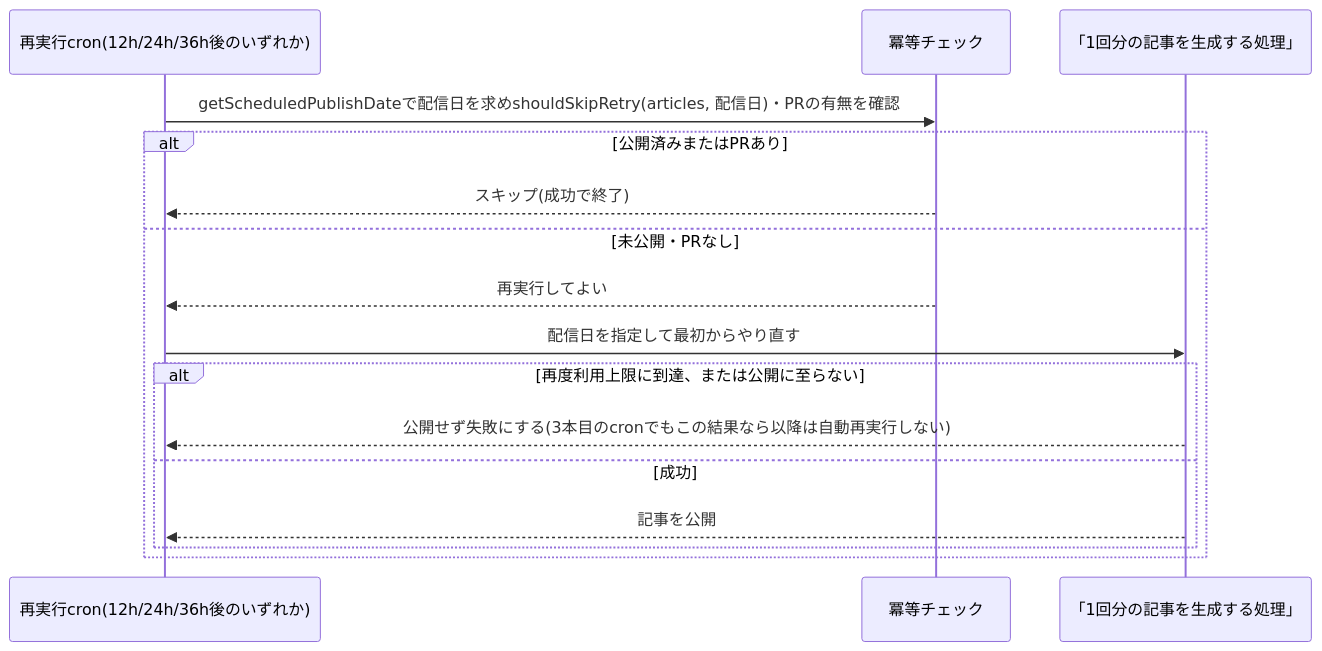
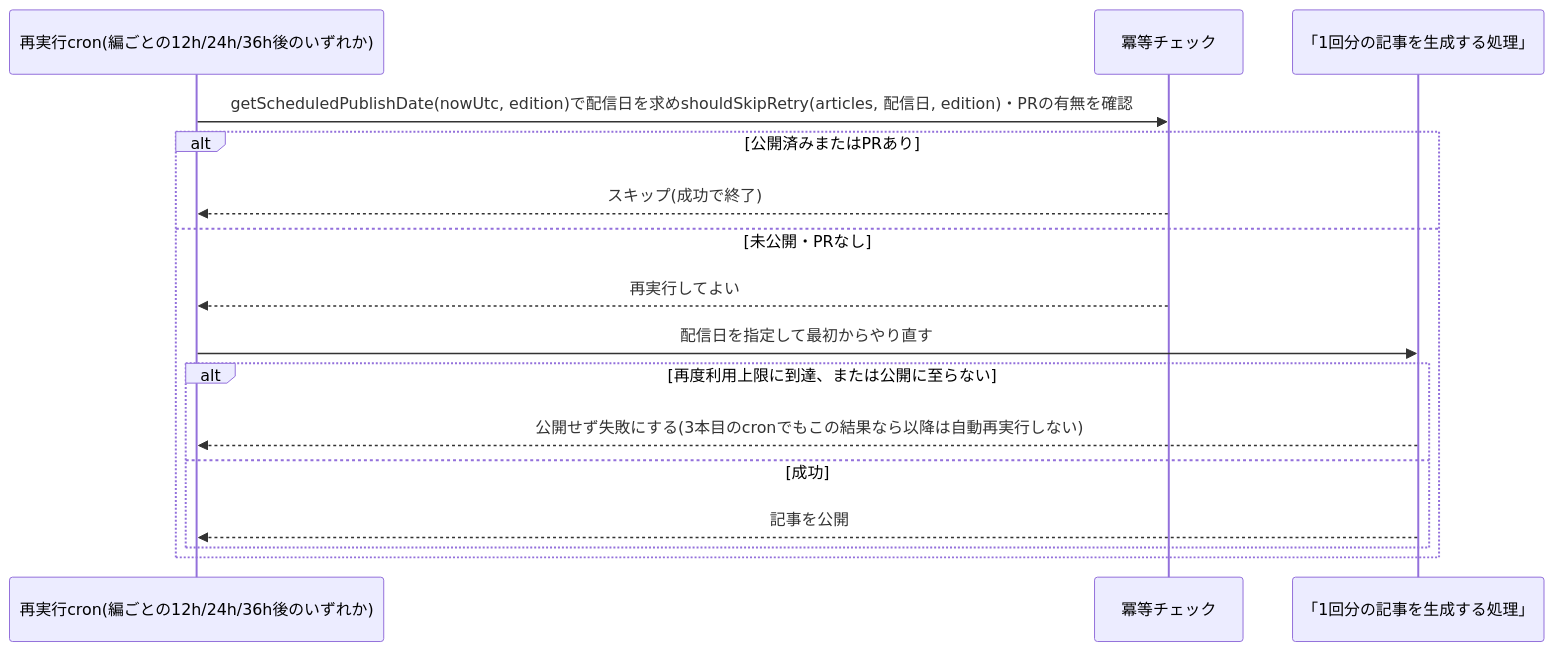
Before and after one commit to zakiyama0108/benriyatool: the second of 2 diagrams in specs/future-digest/weekly-publish/design.md, drawn with Mermaid. The commit also changed other lines of this file and 37 other files, not shown here.

````diff
--- a/specs/future-digest/weekly-publish/design.md
+++ b/specs/future-digest/weekly-publish/design.md
@@ -79,19 +93,19 @@
 ```mermaid
 sequenceDiagram
-    participant cron as 再実行cron(12h/24h/36h後のいずれか)
+    participant cron as 再実行cron(編ごとの12h/24h/36h後のいずれか)
     participant check as 冪等チェック
     participant flow as 「1回分の記事を生成する処理」
 
-    cron ->> check: getScheduledPublishDateで配信日を求めshouldSkipRetry(articles, 配信日)・PRの有無を確認
+    cron ->> check: getScheduledPublishDate(nowUtc, edition)で配信日を求めshouldSkipRetry(articles, 配信日, edition)・PRの有無を確認
     alt 公開済みまたはPRあり
         check -->> cron: スキップ(成功で終了)
     else 未公開・PRなし
         check -->> cron: 再実行してよい
         cron ->> flow: 配信日を指定して最初からやり直す
         alt 再度利用上限に到達、または公開に至らない
             flow -->> cron: 公開せず失敗にする(3本目のcronでもこの結果なら以降は自動再実行しない)
         else 成功
             flow -->> cron: 記事を公開
         end
     end
 ```
````
